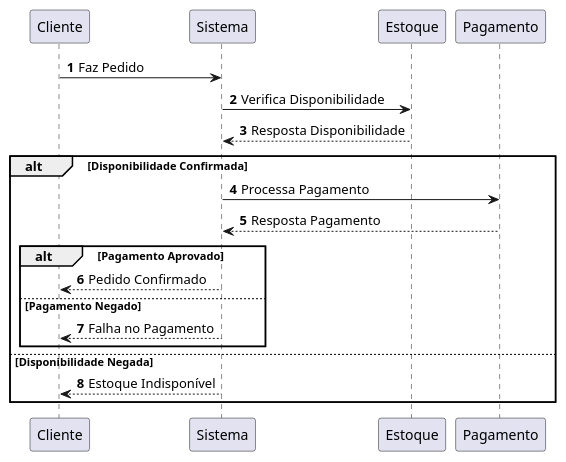
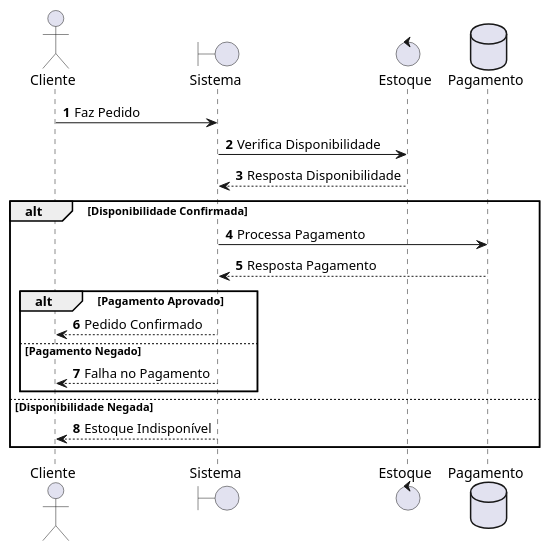
Before and after one commit to LeonardoVieiraGuimaraes/OrientacaoObjetos: the diagram in UML/DiagramasComportamentais/Sequencia.puml, drawn with PlantUML. The commit also changed 9 other files, not shown here.

```diff
--- a/UML/DiagramasComportamentais/Sequencia.puml
+++ b/UML/DiagramasComportamentais/Sequencia.puml
@@ -1,17 +1,22 @@
-@startuml
+@startuml ProcessoPedido
 autonumber
+actor Cliente
+boundary Sistema
+control Estoque
+database Pagamento
+
 Cliente -> Sistema: Faz Pedido
 Sistema -> Estoque: Verifica Disponibilidade
 Estoque --> Sistema: Resposta Disponibilidade
 alt Disponibilidade Confirmada
     Sistema -> Pagamento: Processa Pagamento
     Pagamento --> Sistema: Resposta Pagamento
     alt Pagamento Aprovado
         Sistema --> Cliente: Pedido Confirmado
     else Pagamento Negado
         Sistema --> Cliente: Falha no Pagamento
     end
 else Disponibilidade Negada
     Sistema --> Cliente: Estoque Indisponível
 end
 @enduml
```
